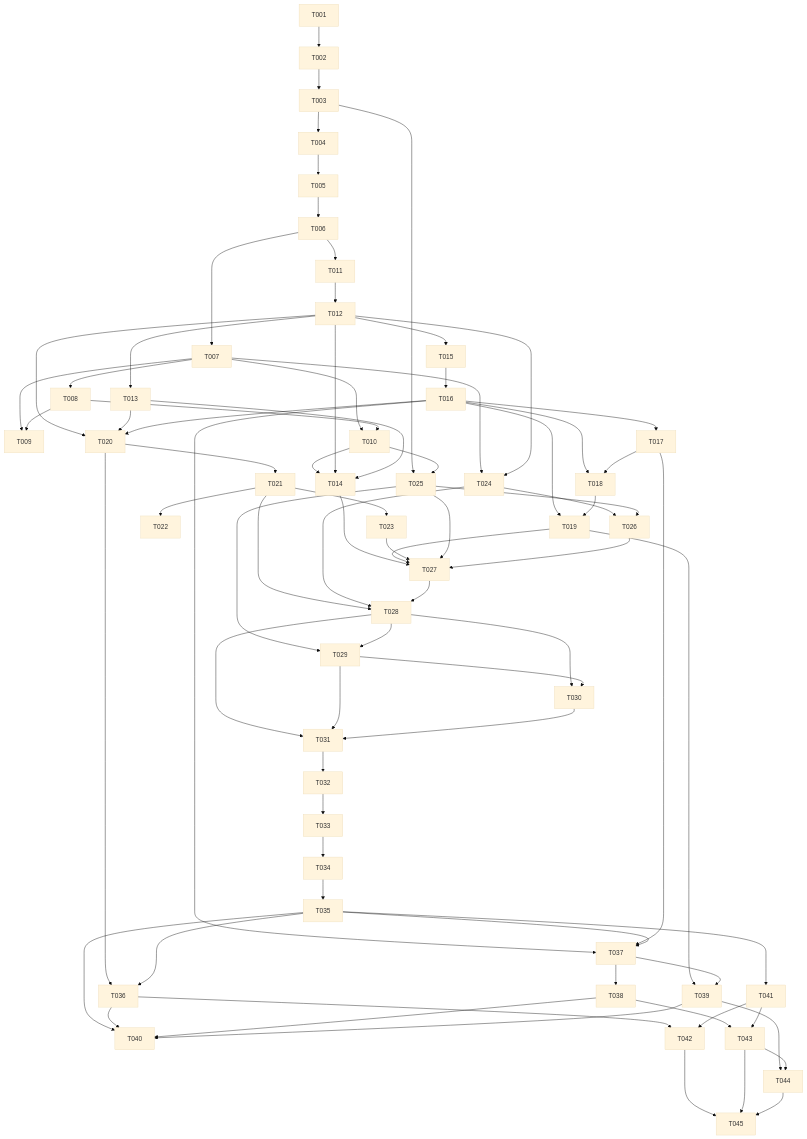
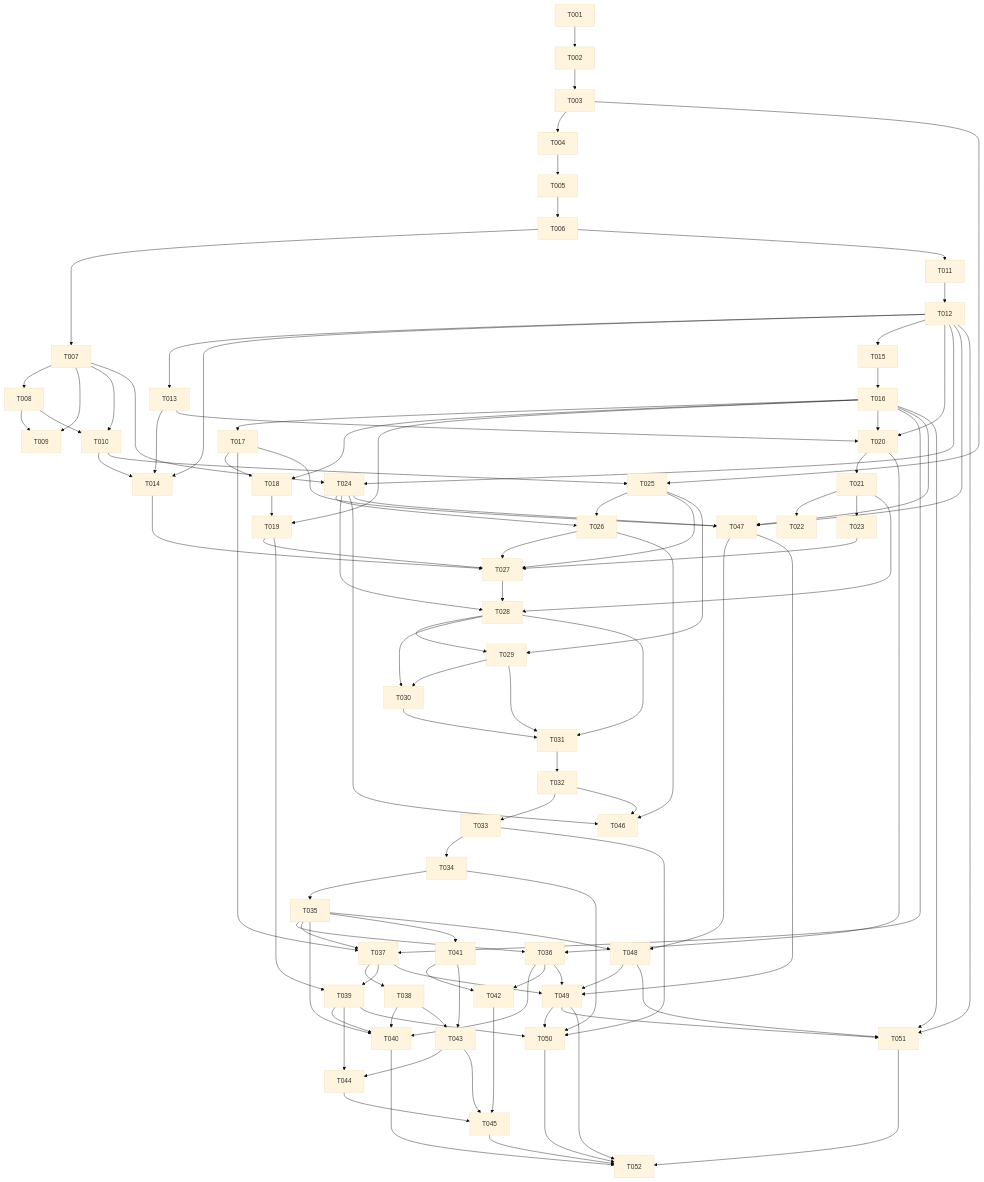
The diagram in implementation-plan.md (Gyu-bot/kinlayer), drawn with Mermaid (base theme) before and after one commit. The commit also changed other lines of this file and 8 other files, not shown here.

````diff
--- a/implementation-plan.md
+++ b/implementation-plan.md
@@ -1088,4 +1451,30 @@
   T042 --> T045
   T043 --> T045
   T044 --> T045
+  T024 --> T046
+  T026 --> T046
+  T032 --> T046
+  T012 --> T047
+  T016 --> T047
+  T017 --> T047
+  T024 --> T047
+  T035 --> T048
+  T047 --> T048
+  T036 --> T049
+  T037 --> T049
+  T047 --> T049
+  T048 --> T049
+  T033 --> T050
+  T034 --> T050
+  T039 --> T050
+  T049 --> T050
+  T012 --> T051
+  T016 --> T051
+  T048 --> T051
+  T049 --> T051
+  T040 --> T052
+  T045 --> T052
+  T049 --> T052
+  T050 --> T052
+  T051 --> T052
 ```
````
